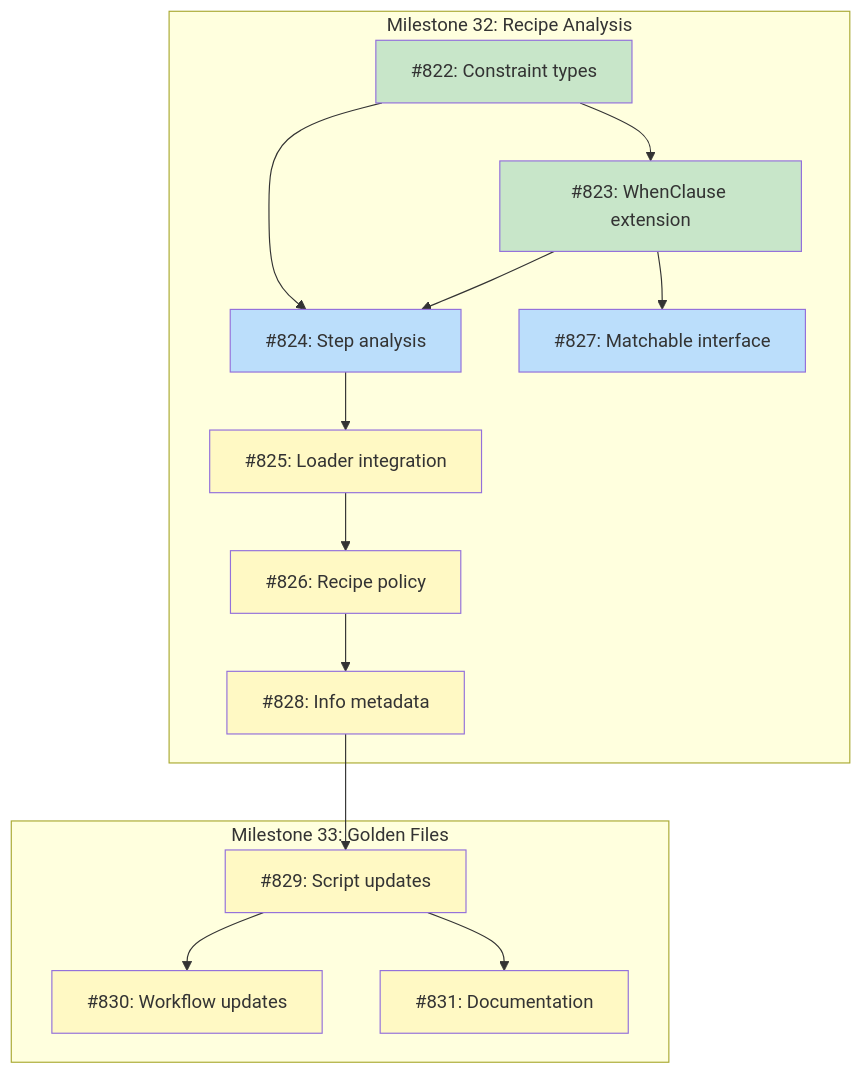
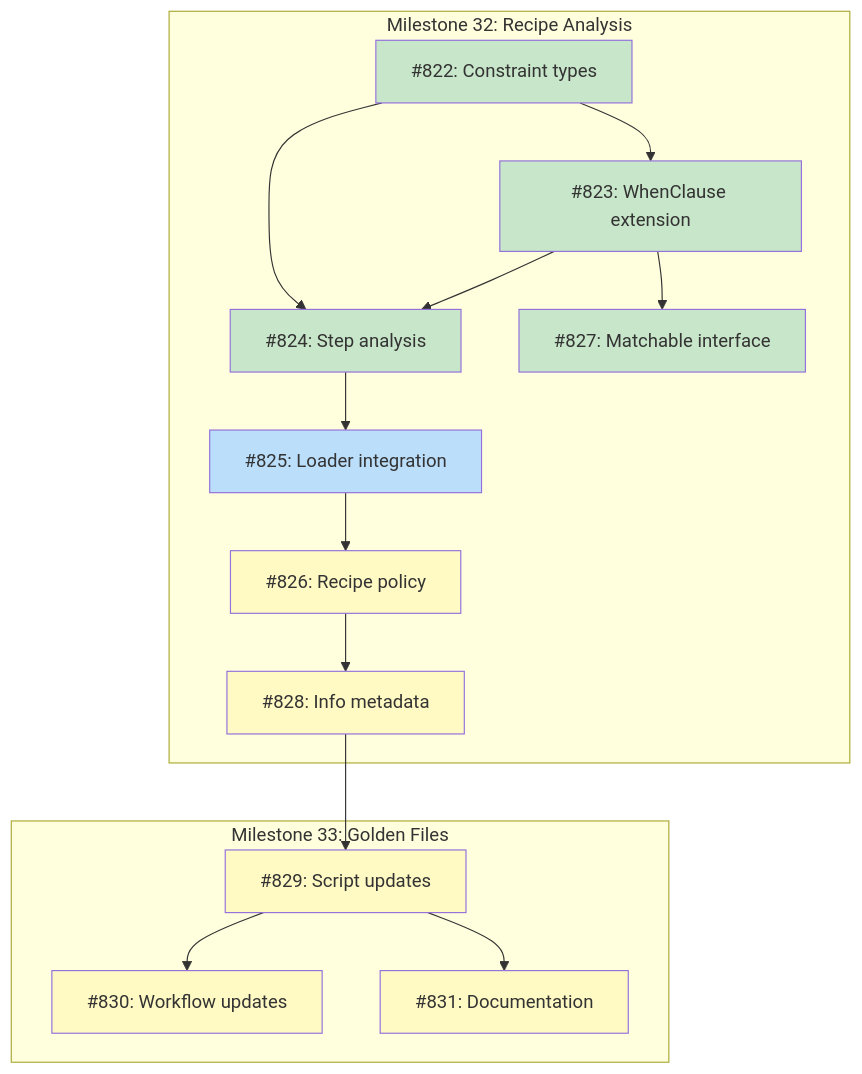
The diagram in docs/DESIGN-golden-family-support.md (tsukumogami/tsuku), drawn with Mermaid before and after one commit. The commit also changed 2 other files, not shown here.

Commit message:
feat(recipe): add step analysis computation logic (#835)
Implement the computeAnalysis() function that computes a step's
effective
constraint and family variation status. This function combines three
sources
of information:

1. Implicit constraint from action type (via ConstraintLookup callback)
2. Explicit constraint from step's when clause (via MergeWhenClause)
3. Interpolation detection for {{linux_family}} in step parameters

The computed StepAnalysis (Constraint + FamilyVarying flag) will be
stored
on each step at construction time, enabling callers to query platform
constraints without needing a registry at runtime.

````diff
--- a/docs/DESIGN-golden-family-support.md
+++ b/docs/DESIGN-golden-family-support.md
@@ -31,38 +31,38 @@
 ```mermaid
 graph TD
     subgraph M32["Milestone 32: Recipe Analysis"]
         I822["#822: Constraint types"]
         I823["#823: WhenClause extension"]
         I824["#824: Step analysis"]
         I825["#825: Loader integration"]
         I826["#826: Recipe policy"]
         I827["#827: Matchable interface"]
         I828["#828: Info metadata"]
     end
 
     subgraph M33["Milestone 33: Golden Files"]
         I829["#829: Script updates"]
         I830["#830: Workflow updates"]
         I831["#831: Documentation"]
     end
 
     I822 --> I823
     I822 --> I824
     I823 --> I824
     I823 --> I827
     I824 --> I825
     I825 --> I826
     I826 --> I828
     I828 --> I829
     I829 --> I830
     I829 --> I831
 
     classDef done fill:#c8e6c9
     classDef ready fill:#bbdefb
     classDef blocked fill:#fff9c4
     classDef needsDesign fill:#e1bee7
 
-    class I822,I823 done
-    class I824,I827 ready
-    class I825,I826,I828,I829,I830,I831 blocked
+    class I822,I823,I824,I827 done
+    class I825 ready
+    class I826,I828,I829,I830,I831 blocked
 ```
````
